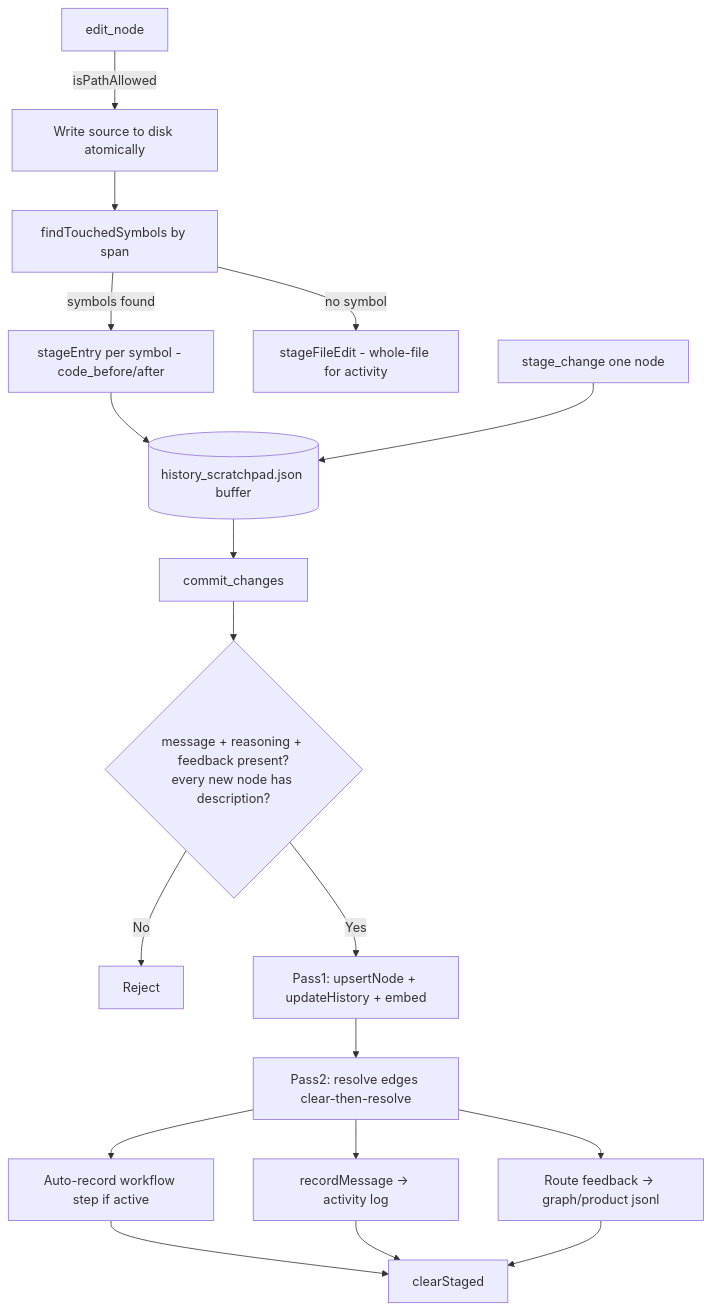
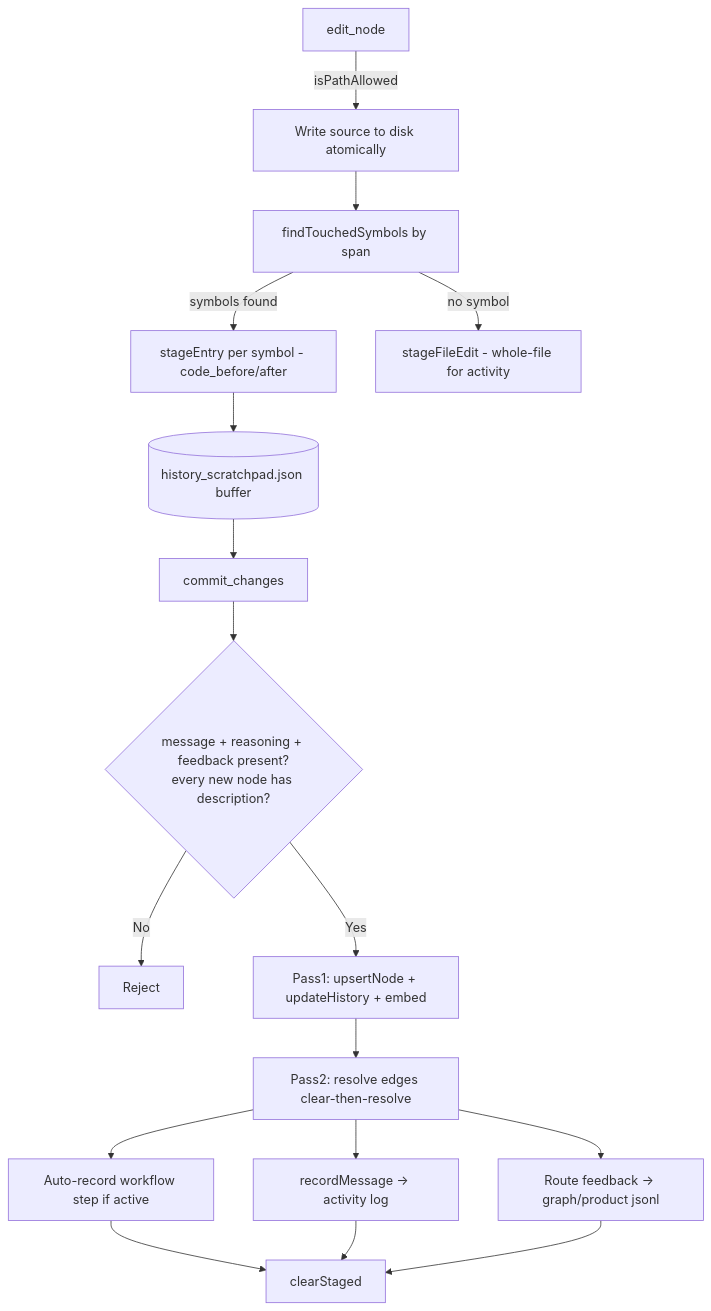
Before and after one commit to Abialidr/devsmind-mcp: the ninth of 17 diagrams in FUNCTIONALITY_MAP.md, drawn with Mermaid. The commit also changed other lines of this file and 30 other files, not shown here.

````diff
--- a/FUNCTIONALITY_MAP.md
+++ b/FUNCTIONALITY_MAP.md
@@ -394,18 +394,17 @@
 ```mermaid
 flowchart TD
   E[edit_node] -->|isPathAllowed| W[Write source to disk atomically]
   W --> T[findTouchedSymbols by span]
   T -->|symbols found| ST[stageEntry per symbol - code_before/after]
   T -->|no symbol| FE[stageFileEdit - whole-file for activity]
   ST --> BUF[(history_scratchpad.json buffer)]
-  SC[stage_change one node] --> BUF
   BUF --> CM[commit_changes]
   CM --> G1{message + reasoning + feedback present?\nevery new node has description?}
   G1 -->|No| REJECT[Reject]
   G1 -->|Yes| UP[Pass1: upsertNode + updateHistory + embed]
   UP --> ED[Pass2: resolve edges clear-then-resolve]
   ED --> WF[Auto-record workflow step if active]
   ED --> AL[recordMessage → activity log]
   ED --> FB[Route feedback → graph/product jsonl]
   WF & AL & FB --> CLR[clearStaged]
 ```
````
